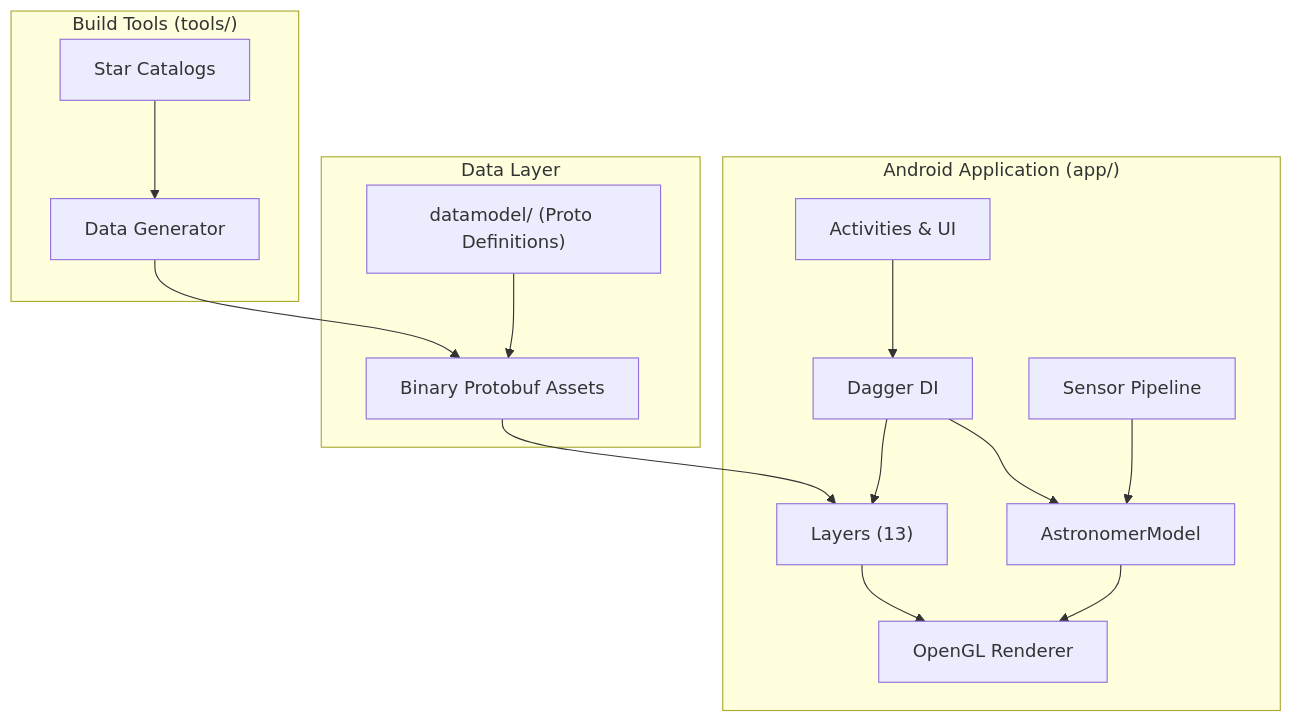
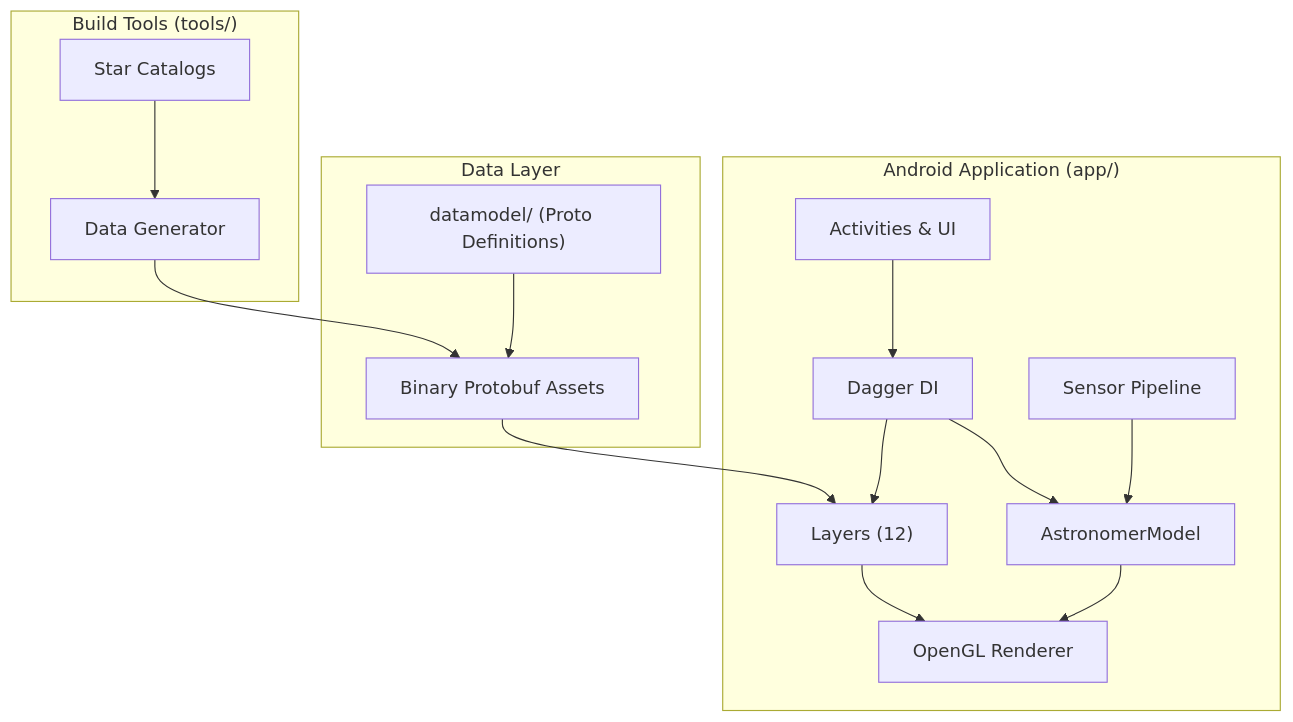
Before and after one commit to sky-map-team/stardroid: the diagram in docs/ARCHITECTURE.md, drawn with Mermaid. The commit also changed other lines of this file and 8 other files, not shown here.

````diff
--- a/docs/ARCHITECTURE.md
+++ b/docs/ARCHITECTURE.md
@@ -7,32 +9,32 @@
 ```mermaid
 graph TB
     subgraph Android["Android Application (app/)"]
         UI["Activities & UI"]
         DI["Dagger DI"]
         Sensors["Sensor Pipeline"]
         Control["AstronomerModel"]
-        Layers["Layers (13)"]
+        Layers["Layers (12)"]
         Renderer["OpenGL Renderer"]
     end
 
     subgraph Data["Data Layer"]
         Proto["Binary Protobuf Assets"]
         DataModel["datamodel/ (Proto Definitions)"]
     end
 
     subgraph Tools["Build Tools (tools/)"]
         Catalogs["Star Catalogs"]
         Generator["Data Generator"]
     end
 
     Sensors --> Control
     Control --> Renderer
     Layers --> Renderer
     Proto --> Layers
     DataModel --> Proto
     Catalogs --> Generator
     Generator --> Proto
     UI --> DI
     DI --> Control
     DI --> Layers
 ```
````
